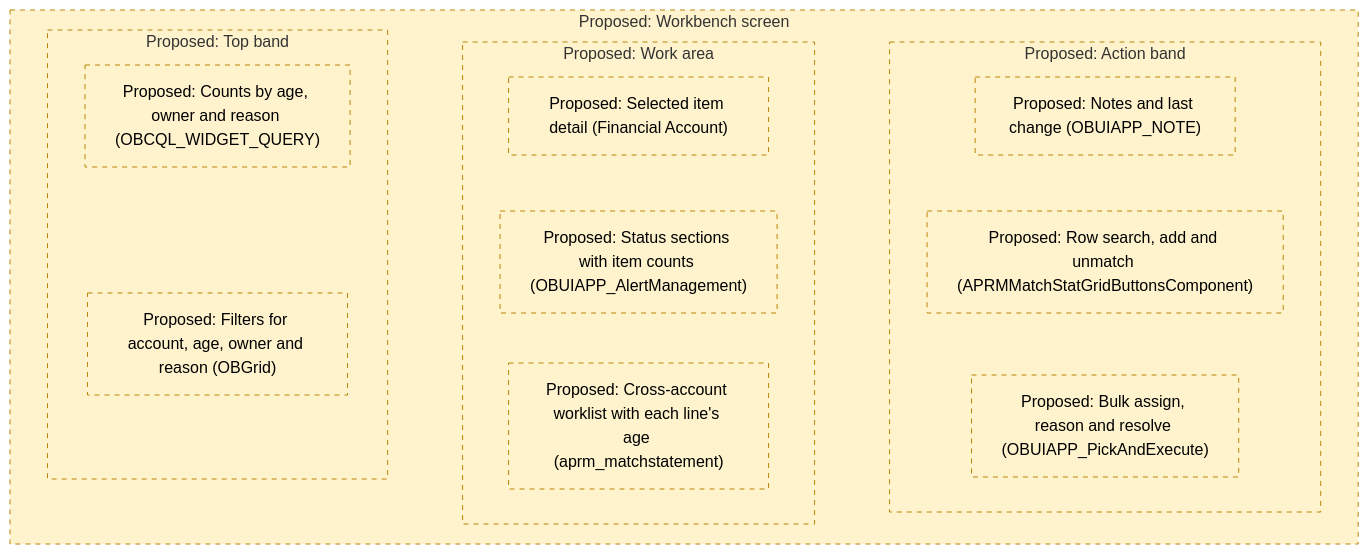
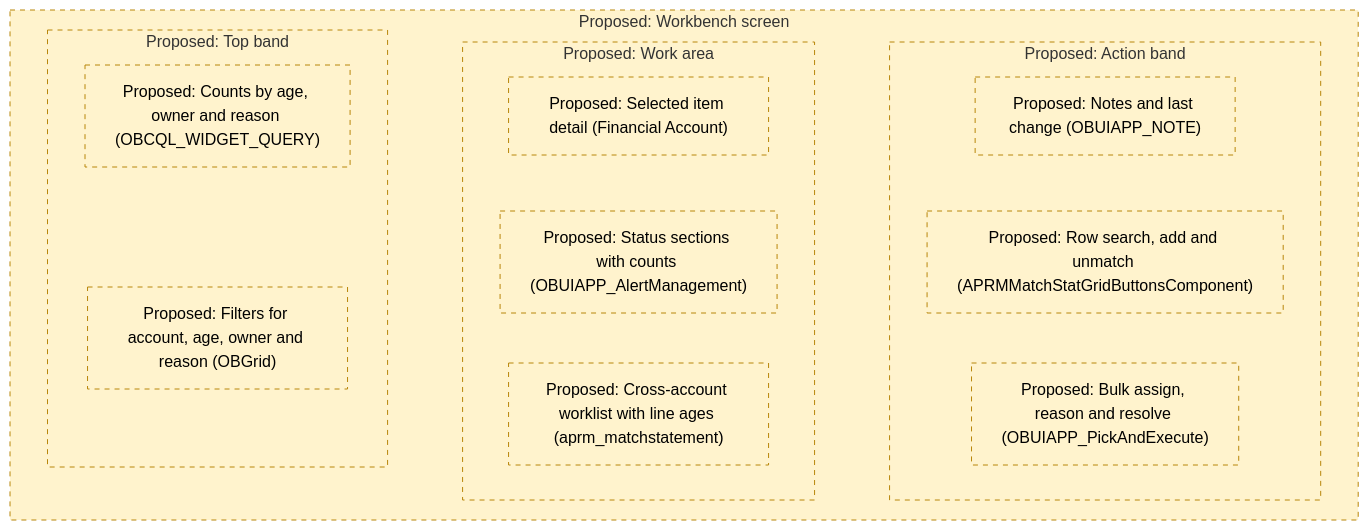
One commit to blitzy-public-samples/openbravo-erp changed the first of 5 diagrams in docs/analysis/analysis-2-extension-points-and-risks.md. Above: the diagram before and after it, drawn with Mermaid (forest theme). The commit also changed other lines of this file and 1 other file, not shown here.

````diff
--- a/docs/analysis/analysis-2-extension-points-and-risks.md
+++ b/docs/analysis/analysis-2-extension-points-and-risks.md
@@ -70,28 +68,26 @@
 ```mermaid
 flowchart TB
+  accTitle: Figure 1. Proposed Workbench Screen Layout
+  accDescr: Three proposed bands: counts and filters, work area, and actions
   subgraph SCREEN["Proposed: Workbench screen"]
     subgraph TOPBAND["Proposed: Top band"]
       COUNTS["Proposed: Counts by age, owner and reason (OBCQL_WIDGET_QUERY)"]
       FILTER["Proposed: Filters for account, age, owner and reason (OBGrid)"]
     end
     subgraph WORKAREA["Proposed: Work area"]
       DETAIL["Proposed: Selected item detail (Financial Account)"]
-      WORKLIST["Proposed: Cross-account worklist with each line's age (aprm_matchstatement)"]
-      STATUS["Proposed: Status sections with item counts (OBUIAPP_AlertManagement)"]
+      WORKLIST["Proposed: Cross-account worklist with line ages (aprm_matchstatement)"]
+      STATUS["Proposed: Status sections with counts (OBUIAPP_AlertManagement)"]
     end
     subgraph ACTIONBAND["Proposed: Action band"]
       NOTES["Proposed: Notes and last change (OBUIAPP_NOTE)"]
       BULK["Proposed: Bulk assign, reason and resolve (OBUIAPP_PickAndExecute)"]
       ROWACTIONS["Proposed: Row search, add and unmatch (APRMMatchStatGridButtonsComponent)"]
     end
   end
-  FILTER ~~~ STATUS
-  FILTER ~~~ WORKLIST
-  COUNTS ~~~ DETAIL
-  STATUS ~~~ ROWACTIONS
-  WORKLIST ~~~ BULK
-  DETAIL ~~~ NOTES
-  class FILTER,COUNTS,STATUS,WORKLIST,DETAIL,ROWACTIONS,BULK,NOTES proposed
-  class SCREEN,TOPBAND,WORKAREA,ACTIONBAND proposed
+  FILTER ~~~ STATUS ~~~ ROWACTIONS
+  FILTER ~~~ WORKLIST ~~~ BULK
+  COUNTS ~~~ DETAIL ~~~ NOTES
+  class FILTER,COUNTS,STATUS,WORKLIST,DETAIL,ROWACTIONS,BULK,NOTES,SCREEN,TOPBAND,WORKAREA,ACTIONBAND proposed
   classDef proposed stroke-dasharray: 5 5,fill:#fff3cd,stroke:#b8860b
 ```
````
